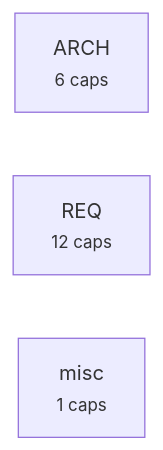
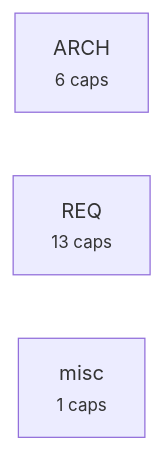
The third of 4 diagrams in requirements/_map.md (alxmax/excalidraw-diagram), drawn with Mermaid before and after one commit. The commit also changed other lines of this file and 23 other files, not shown here.

````diff
--- a/requirements/_map.md
+++ b/requirements/_map.md
@@ -97,6 +98,6 @@
 ```mermaid
 graph LR
   a_ARCH["ARCH<br><small>6 caps</small>"]
-  a_REQ["REQ<br><small>12 caps</small>"]
+  a_REQ["REQ<br><small>13 caps</small>"]
   a_misc["misc<br><small>1 caps</small>"]
 ```
````
